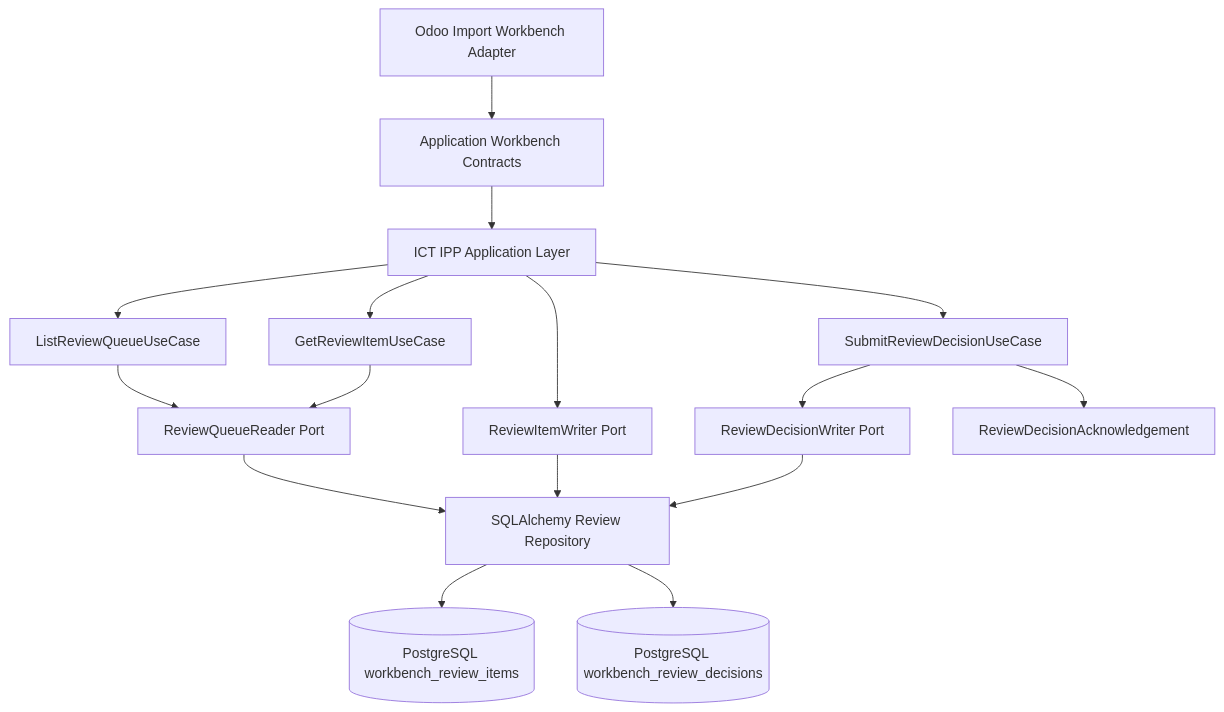
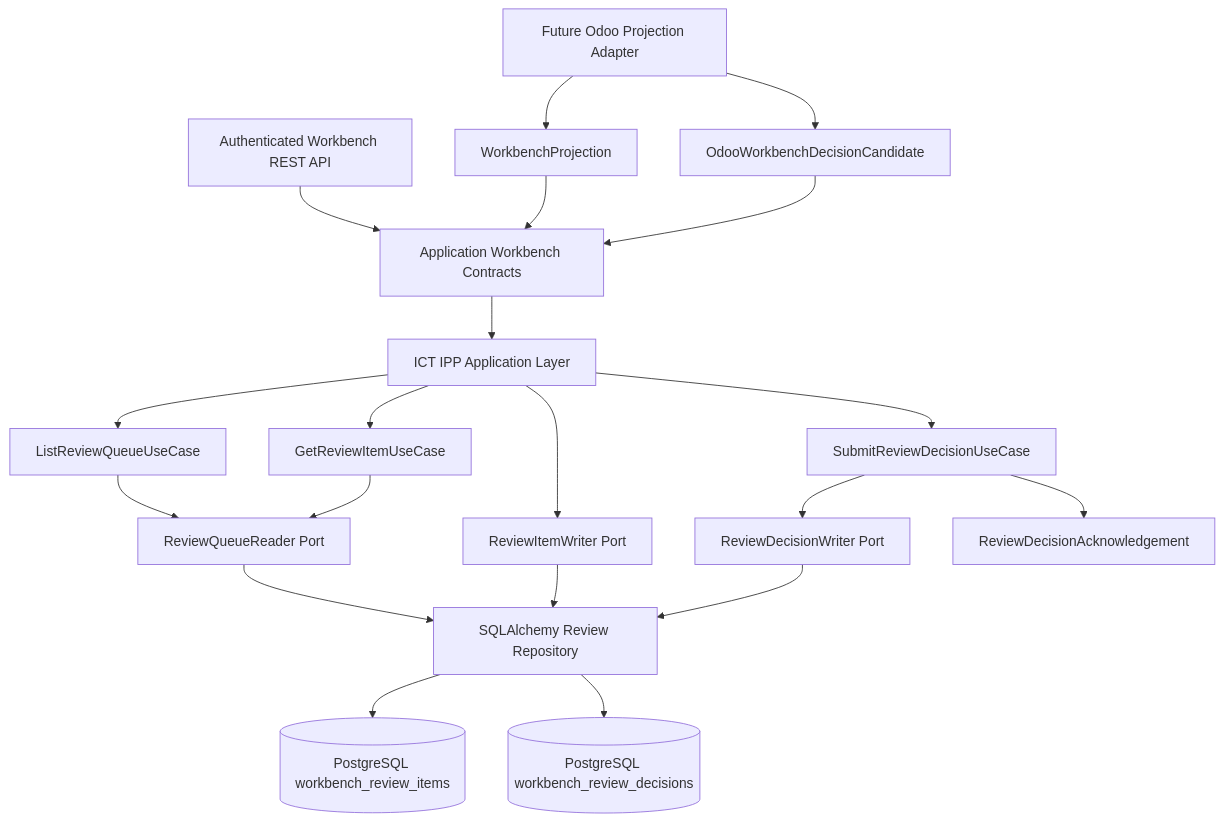
The fifth of 7 diagrams in docs/APPLICATION_LAYER.md (odurmazoglu/ict-integration-hub), drawn with Mermaid before and after one commit. The commit also changed other lines of this file and 16 other files, not shown here.

Commit message:
architecture: define odoo workbench projection contract

````diff
--- a/docs/APPLICATION_LAYER.md
+++ b/docs/APPLICATION_LAYER.md
@@ -357,32 +364,39 @@
 ```mermaid
 flowchart TB
-    Workbench[Odoo Import Workbench Adapter]
+    WorkbenchAPI[Authenticated Workbench REST API]
+    ProjectionAdapter[Future Odoo Projection Adapter]
+    Projection[WorkbenchProjection]
+    Candidate[OdooWorkbenchDecisionCandidate]
     Contracts[Application Workbench Contracts]
     Hub[ICT IPP Application Layer]
     Reader[ReviewQueueReader Port]
     ListUseCase[ListReviewQueueUseCase]
     GetUseCase[GetReviewItemUseCase]
     Writer[ReviewItemWriter Port]
     DecisionUseCase[SubmitReviewDecisionUseCase]
     DecisionWriter[ReviewDecisionWriter Port]
     Repository[SQLAlchemy Review Repository]
     ReviewItems[(PostgreSQL workbench_review_items)]
     Decisions[(PostgreSQL workbench_review_decisions)]
     Ack[ReviewDecisionAcknowledgement]
 
-    Workbench --> Contracts
+    WorkbenchAPI --> Contracts
+    ProjectionAdapter --> Projection
+    ProjectionAdapter --> Candidate
+    Projection --> Contracts
+    Candidate --> Contracts
     Contracts --> Hub
     Hub --> ListUseCase
     Hub --> GetUseCase
     Hub --> DecisionUseCase
     ListUseCase --> Reader
     GetUseCase --> Reader
     Hub --> Writer
     DecisionUseCase --> DecisionWriter
     Reader --> Repository
     Writer --> Repository
     DecisionWriter --> Repository
     Repository --> ReviewItems
     Repository --> Decisions
     DecisionUseCase --> Ack
 ```
````
